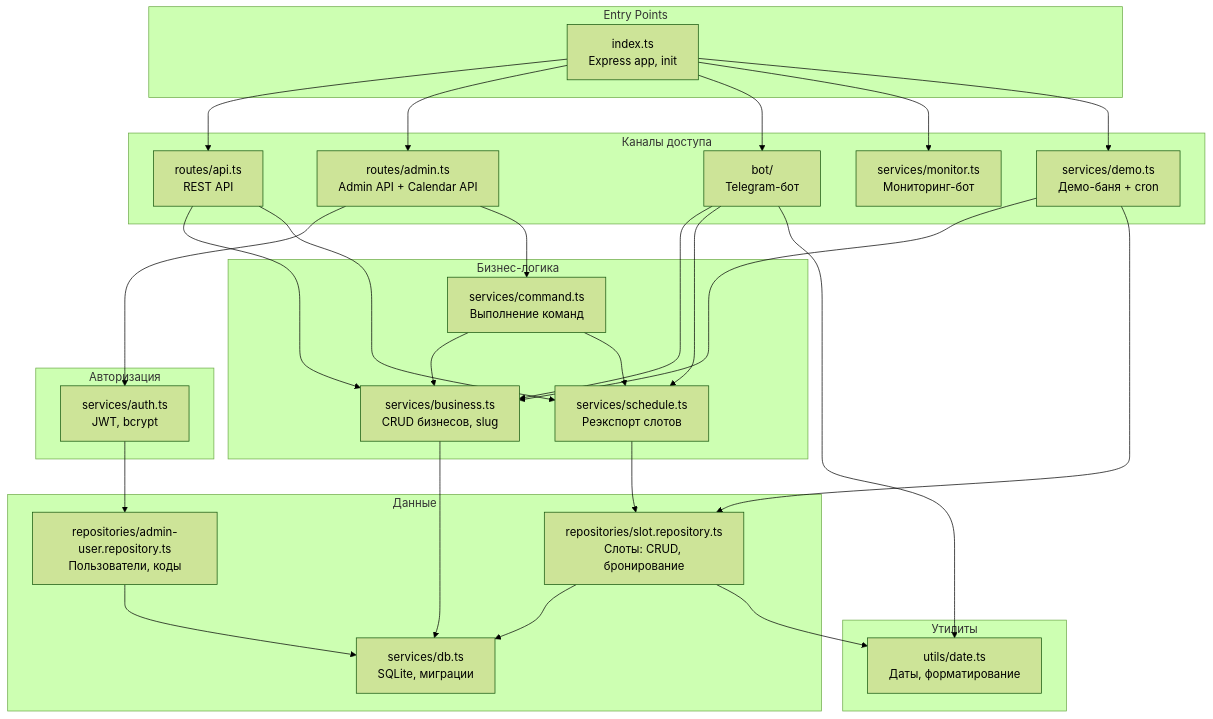
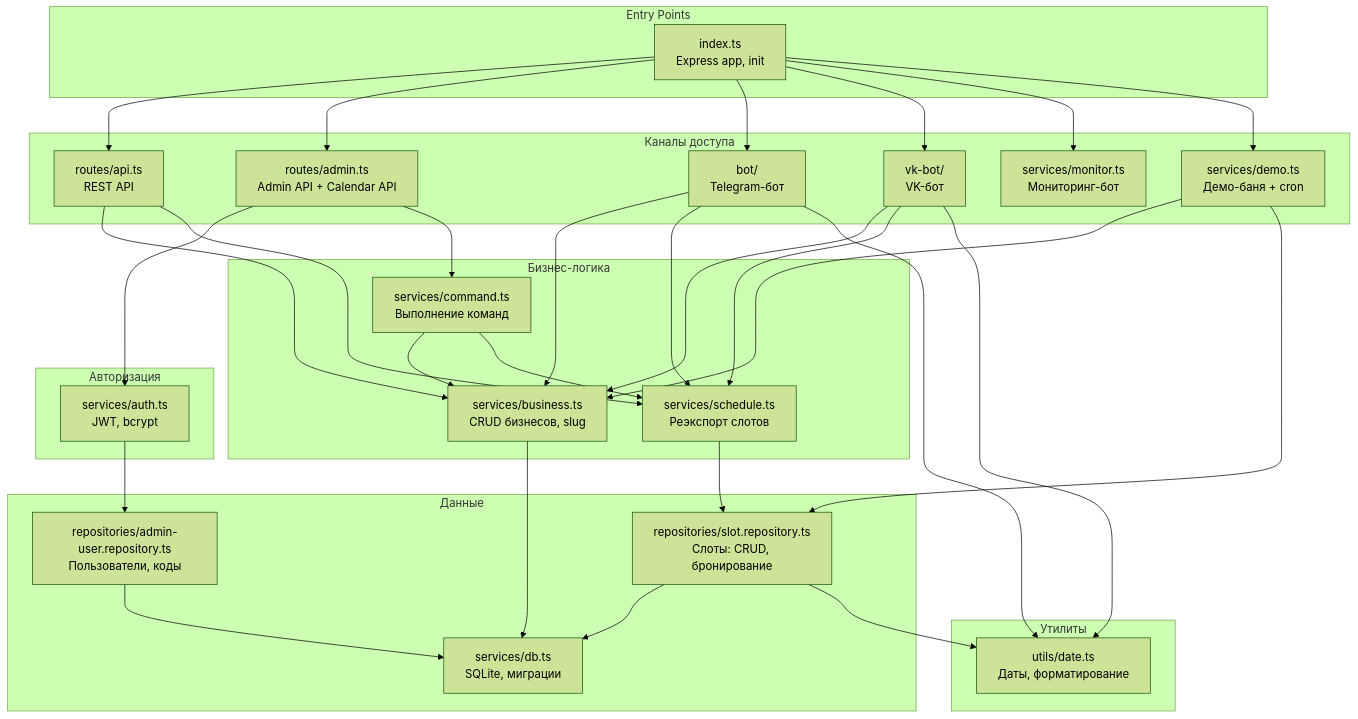
Before and after one commit to Atlantis3221/reservation-service: the first of 3 diagrams in backend/README.md, drawn with Mermaid (forest theme). The commit also changed other lines of this file and 12 other files, not shown here.

````diff
--- a/backend/README.md
+++ b/backend/README.md
@@ -9,58 +9,63 @@
 ```mermaid
 graph TB
     subgraph "Entry Points"
         EP[index.ts<br/>Express app, init]
     end
 
     subgraph "Каналы доступа"
         API[routes/api.ts<br/>REST API]
         ADMIN[routes/admin.ts<br/>Admin API + Calendar API]
         BOT[bot/<br/>Telegram-бот]
+        VKBOT[vk-bot/<br/>VK-бот]
         MON[services/monitor.ts<br/>Мониторинг-бот]
         DEMO[services/demo.ts<br/>Демо-баня + cron]
     end
 
     subgraph "Авторизация"
         AUTH[services/auth.ts<br/>JWT, bcrypt]
     end
 
     subgraph "Бизнес-логика"
         CMD[services/command.ts<br/>Выполнение команд]
         BIZ[services/business.ts<br/>CRUD бизнесов, slug]
         SCH[services/schedule.ts<br/>Реэкспорт слотов]
     end
 
     subgraph "Данные"
         REPO[repositories/slot.repository.ts<br/>Слоты: CRUD, бронирование]
         ADMIN_REPO[repositories/admin-user.repository.ts<br/>Пользователи, коды]
         DB[services/db.ts<br/>SQLite, миграции]
     end
 
     subgraph "Утилиты"
         UTIL[utils/date.ts<br/>Даты, форматирование]
     end
 
     EP --> API
     EP --> ADMIN
     EP --> BOT
+    EP --> VKBOT
     EP --> MON
     EP --> DEMO
 
     ADMIN --> AUTH
     ADMIN --> CMD
     AUTH --> ADMIN_REPO
     CMD --> BIZ
     CMD --> SCH
     API --> BIZ
     API --> SCH
     BOT --> BIZ
     BOT --> SCH
+    VKBOT --> BIZ
+    VKBOT --> SCH
     SCH --> REPO
     REPO --> DB
     BIZ --> DB
     ADMIN_REPO --> DB
     DEMO --> BIZ
     DEMO --> REPO
     BOT --> UTIL
+    VKBOT --> UTIL
     REPO --> UTIL
 ```
````
